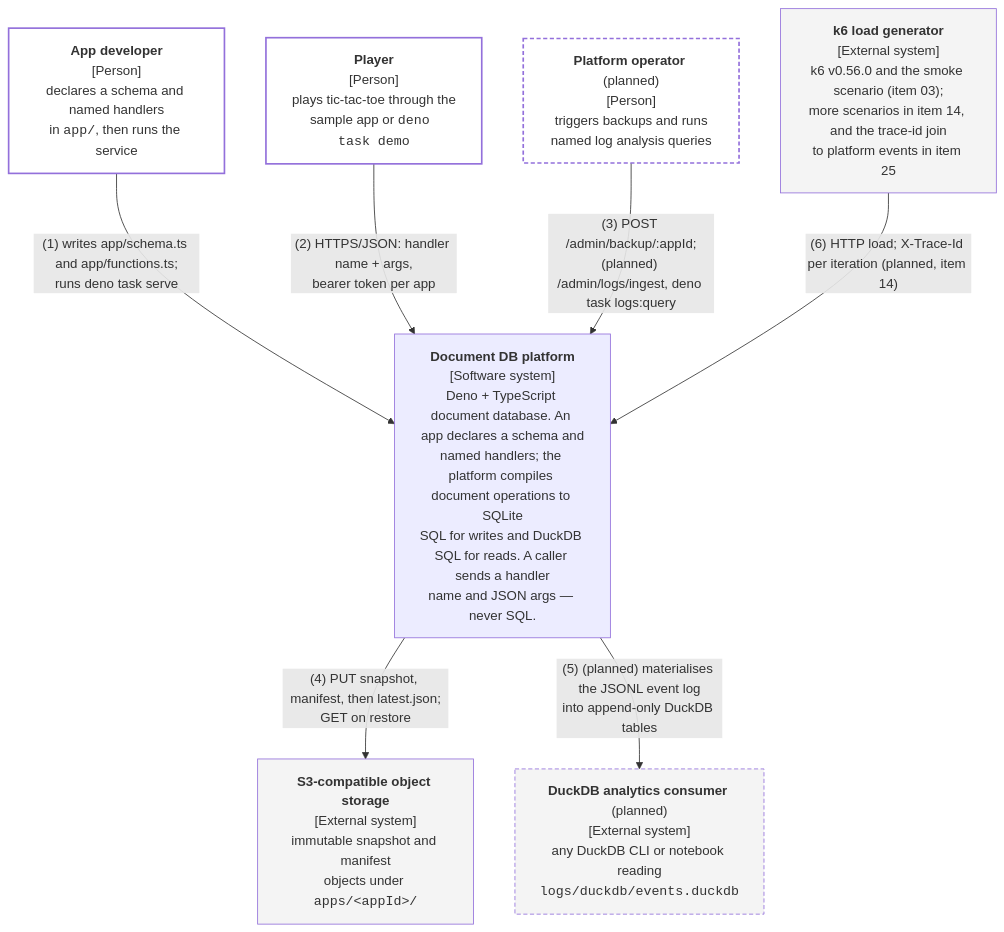
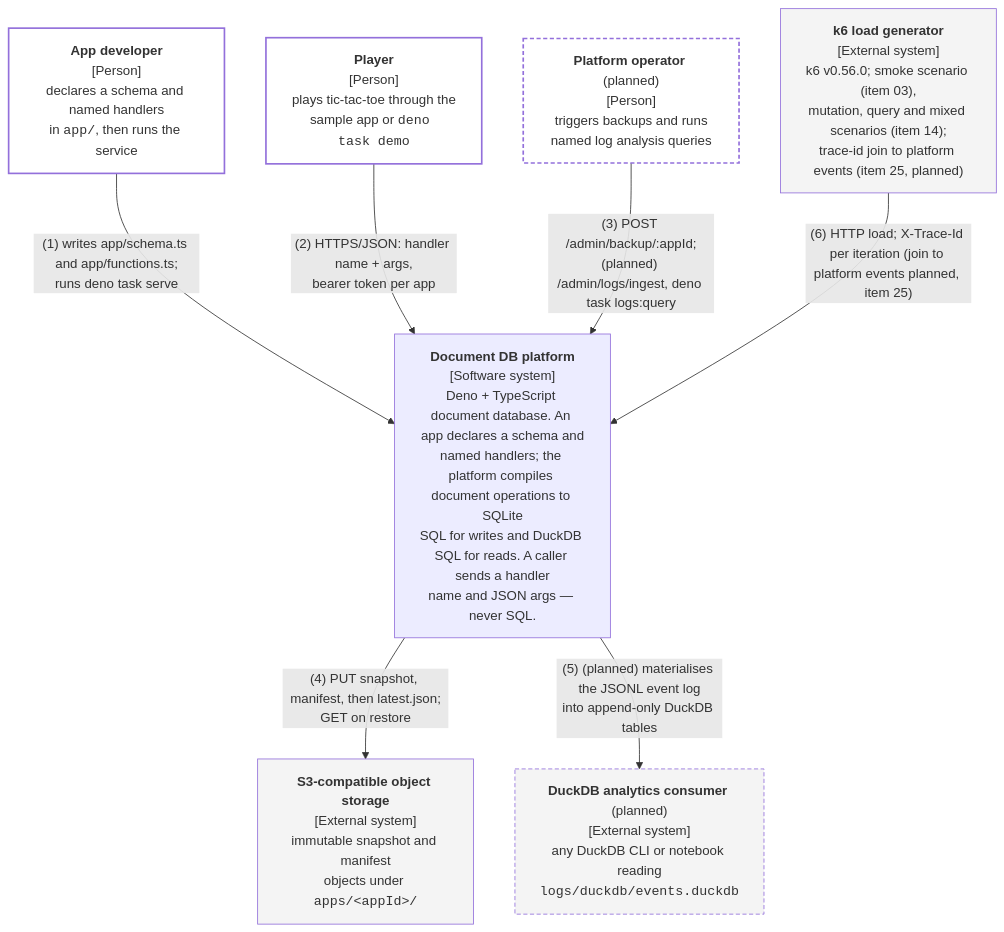
One commit to nickstrad/ts-db changed the diagram in docs/architecture/c4-context-document-db.github.md. Above: the diagram before and after it, drawn with Mermaid. The commit also changed other lines of this file and 5 other files, not shown here.

Commit message:
docs: update C4 diagrams for item 14

````diff
--- a/docs/architecture/c4-context-document-db.github.md
+++ b/docs/architecture/c4-context-document-db.github.md
@@ -14,26 +14,26 @@
 ```mermaid
 flowchart TB
     dev["<b>App developer</b><br/>[Person]<br/>declares a schema and named handlers<br/>in <code>app/</code>, then runs the service"]
     player["<b>Player</b><br/>[Person]<br/>plays tic-tac-toe through the<br/>sample app or <code>deno task demo</code>"]
     op["<b>Platform operator</b> (planned)<br/>[Person]<br/>triggers backups and runs<br/>named log analysis queries"]
 
     plat["<b>Document DB platform</b><br/>[Software system]<br/>Deno + TypeScript document database. An app declares a schema and<br/>named handlers; the platform compiles document operations to SQLite<br/>SQL for writes and DuckDB SQL for reads. A caller sends a handler<br/>name and JSON args — never SQL."]
 
     s3["<b>S3-compatible object storage</b><br/>[External system]<br/>immutable snapshot and manifest<br/>objects under <code>apps/&lt;appId&gt;/</code>"]
     duck["<b>DuckDB analytics consumer</b> (planned)<br/>[External system]<br/>any DuckDB CLI or notebook reading<br/><code>logs/duckdb/events.duckdb</code>"]
-    k6["<b>k6 load generator</b><br/>[External system]<br/>k6 v0.56.0 and the smoke scenario (item 03);<br/>more scenarios in item 14, and the trace-id join<br/>to platform events in item 25"]
+    k6["<b>k6 load generator</b><br/>[External system]<br/>k6 v0.56.0; smoke scenario (item 03),<br/>mutation, query and mixed scenarios (item 14);<br/>trace-id join to platform events (item 25, planned)"]
 
     dev -->|"(1) writes app/schema.ts and app/functions.ts;<br/>runs deno task serve"| plat
     player -->|"(2) HTTPS/JSON: handler name + args,<br/>bearer token per app"| plat
     op -->|"(3) POST /admin/backup/:appId;<br/>(planned) /admin/logs/ingest, deno task logs:query"| plat
     plat -->|"(4) PUT snapshot, manifest, then latest.json;<br/>GET on restore"| s3
     plat -->|"(5) (planned) materialises the JSONL event log<br/>into append-only DuckDB tables"| duck
-    k6 -->|"(6) HTTP load; X-Trace-Id per iteration (planned, item 14)"| plat
+    k6 -->|"(6) HTTP load; X-Trace-Id per iteration (join to platform events planned, item 25)"| plat
 
     classDef planned stroke-dasharray: 5 3
     classDef person fill:#fff,stroke-width:2px
     classDef external fill:#f4f4f4
     class dev,player,op person
     class s3,duck,k6 external
     class op,duck planned
 ```
````
